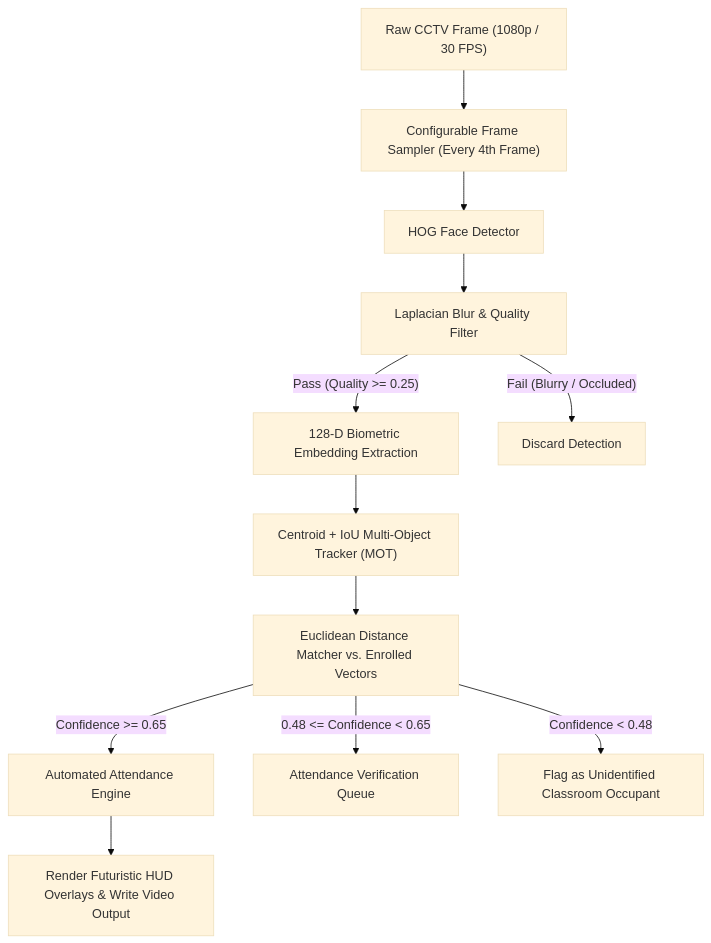
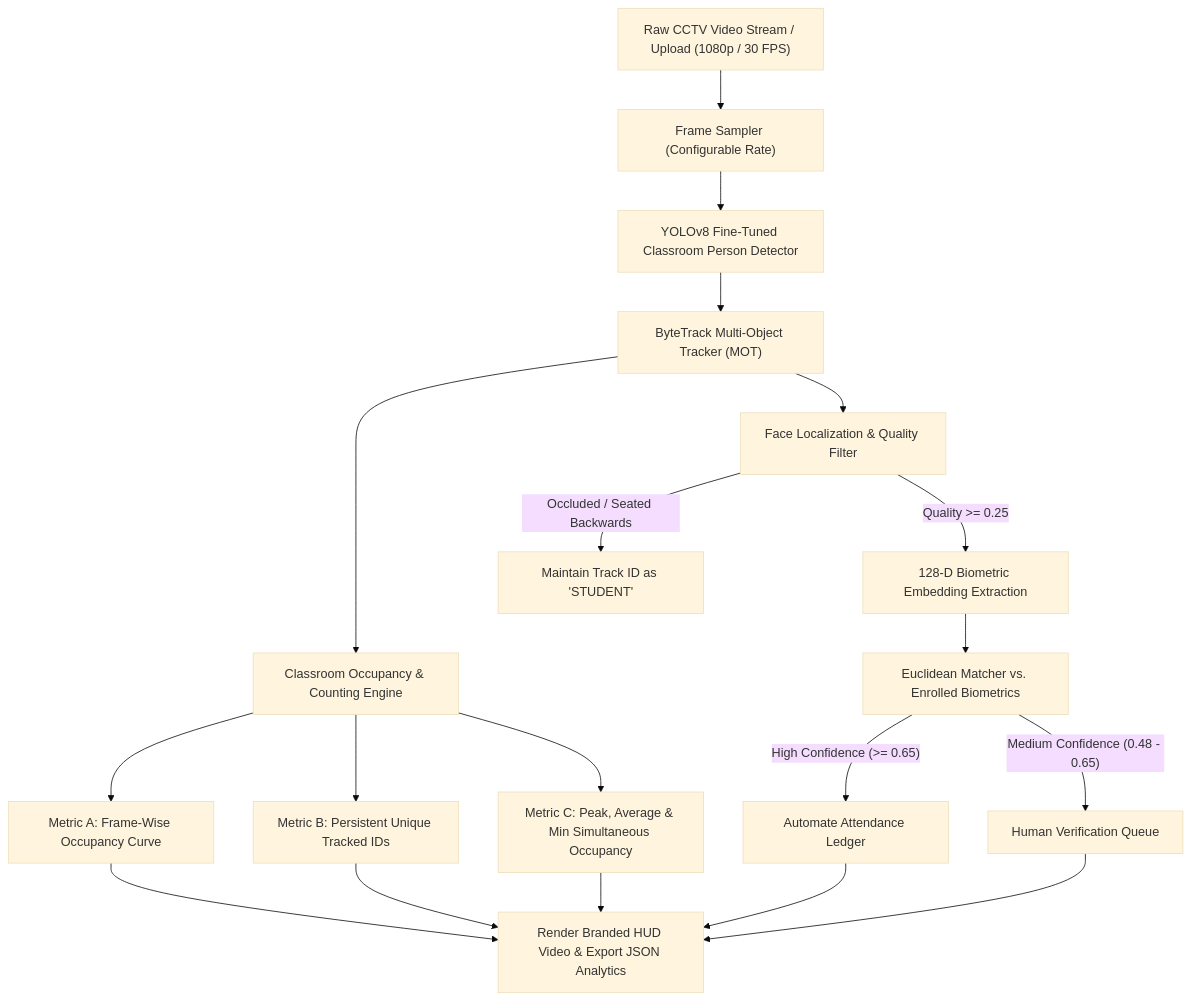
Before and after one commit to sohangowda11/Smart-Attendance: the second of 3 diagrams in SYNAPSE_PROJECT_REPORT.md, drawn with Mermaid (base theme). The commit also changed other lines of this file and 47 other files, not shown here.

Commit message:
Working webcam attendance and biometric enrollment

````diff
--- a/SYNAPSE_PROJECT_REPORT.md
+++ b/SYNAPSE_PROJECT_REPORT.md
@@ -318,14 +323,17 @@
 ```mermaid
 flowchart TD
-    A["Raw CCTV Frame (1080p / 30 FPS)"] --> B["Configurable Frame Sampler (Every 4th Frame)"]
-    B --> C["HOG Face Detector"]
-    C --> D["Laplacian Blur & Quality Filter"]
-    D -- "Pass (Quality >= 0.25)" --> E["128-D Biometric Embedding Extraction"]
-    D -- "Fail (Blurry / Occluded)" --> F["Discard Detection"]
-    E --> G["Centroid + IoU Multi-Object Tracker (MOT)"]
-    G --> H["Euclidean Distance Matcher vs. Enrolled Vectors"]
-    H -- "Confidence >= 0.65" --> I["Automated Attendance Engine"]
-    H -- "0.48 <= Confidence < 0.65" --> J["Attendance Verification Queue"]
-    H -- "Confidence < 0.48" --> K["Flag as Unidentified Classroom Occupant"]
-    I --> L["Render Futuristic HUD Overlays & Write Video Output"]
+    A["Raw CCTV Video Stream / Upload (1080p / 30 FPS)"] --> B["Frame Sampler (Configurable Rate)"]
+    B --> C["YOLOv8 Fine-Tuned Classroom Person Detector"]
+    C --> D["ByteTrack Multi-Object Tracker (MOT)"]
+    D --> E["Classroom Occupancy & Counting Engine"]
+    E --> E1["Metric A: Frame-Wise Occupancy Curve"]
+    E --> E2["Metric B: Persistent Unique Tracked IDs"]
+    E --> E3["Metric C: Peak, Average & Min Simultaneous Occupancy"]
+    D --> F["Face Localization & Quality Filter"]
+    F -- "Quality >= 0.25" --> G["128-D Biometric Embedding Extraction"]
+    F -- "Occluded / Seated Backwards" --> H["Maintain Track ID as 'STUDENT'"]
+    G --> I["Euclidean Matcher vs. Enrolled Biometrics"]
+    I -- "High Confidence (>= 0.65)" --> J["Automate Attendance Ledger"]
+    I -- "Medium Confidence (0.48 - 0.65)" --> K["Human Verification Queue"]
+    E1 & E2 & E3 & J & K --> L["Render Branded HUD Video & Export JSON Analytics"]
 ```
````
